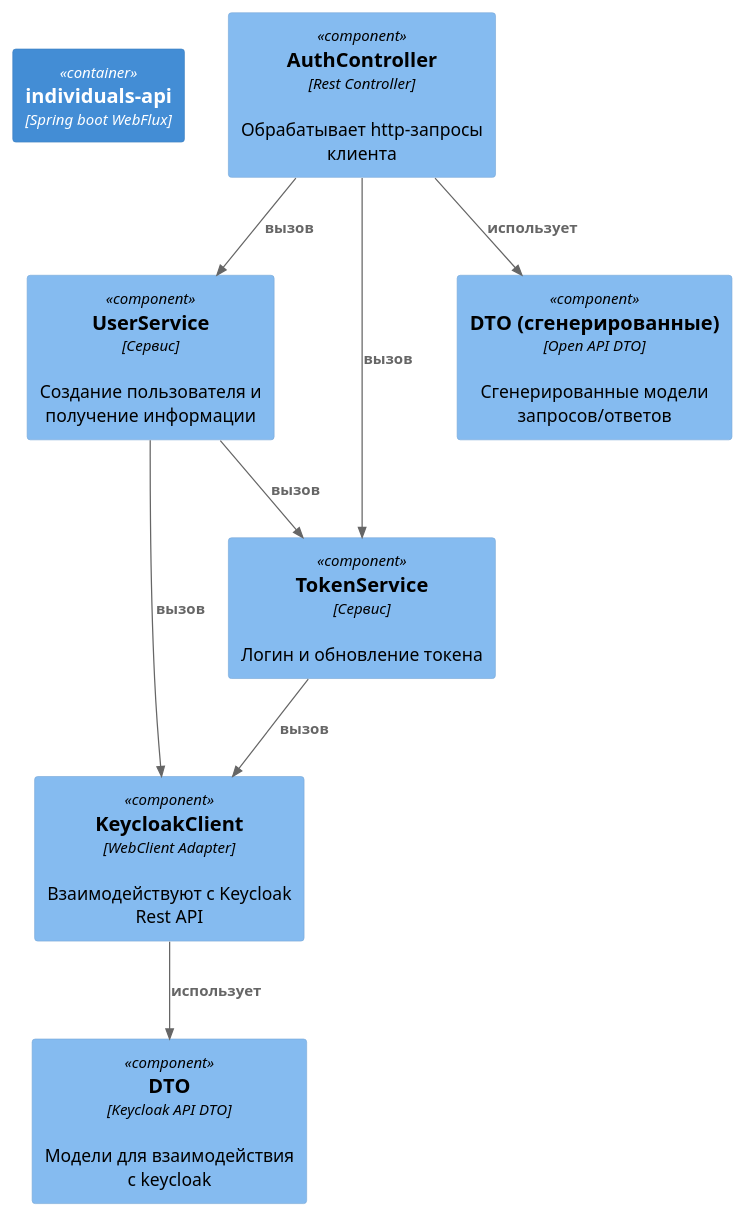
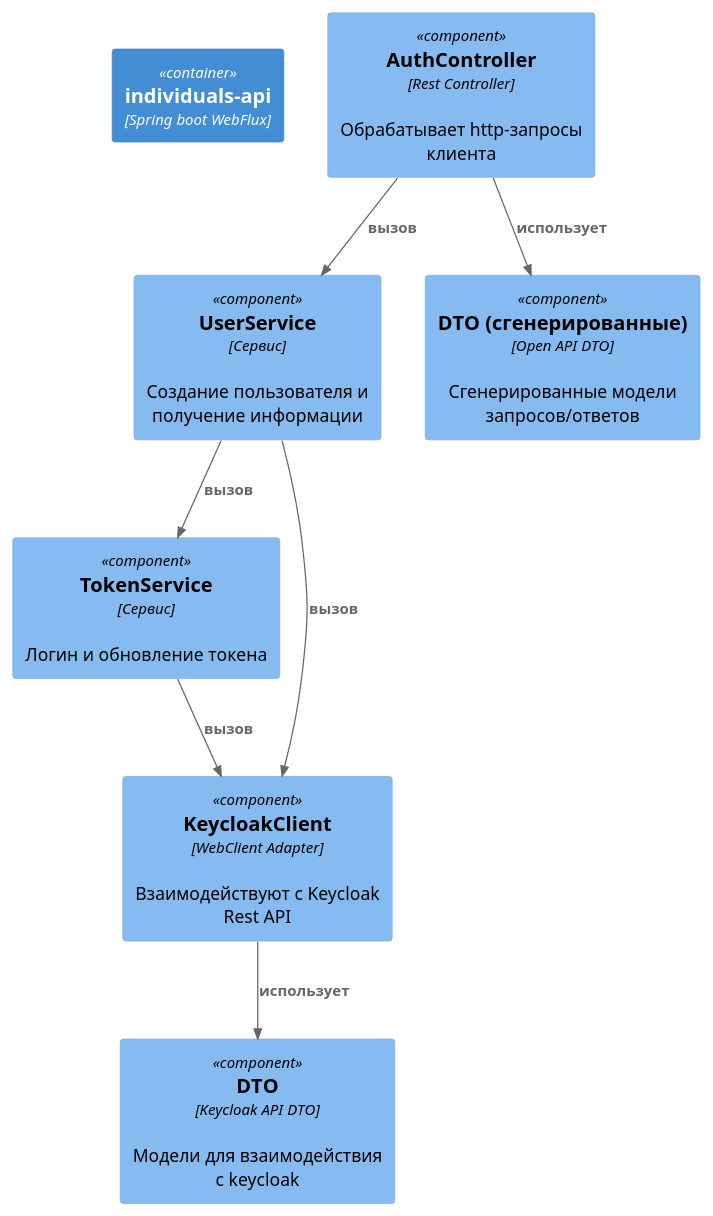
One commit to diamam90/payment-system changed the diagram in individuals-api/docs/individuals-api-component.puml. Above: the diagram before and after it, drawn with PlantUML. The commit also changed 14 other files, not shown here.

```diff
--- a/individuals-api/docs/individuals-api-component.puml
+++ b/individuals-api/docs/individuals-api-component.puml
@@ -1,21 +1,20 @@
 @startuml
 !includeurl https://raw.githubusercontent.com/plantuml-stdlib/C4-PlantUML/master/C4_Component.puml
 
 Container(indApi,"individuals-api","Spring boot WebFlux")
 
 Component(authController, "AuthController", "Rest Controller", "Обрабатывает http-запросы клиента")
 Component(userService,"UserService","Сервис","Создание пользователя и получение информации")
 Component(tokenService,"TokenService","Сервис","Логин и обновление токена")
 Component(keycloak,"KeycloakClient", "WebClient Adapter","Взаимодействуют с Keycloak Rest API")
 Component(dto, "DTO (сгенерированные)", "Open API DTO", "Сгенерированные модели запросов/ответов")
 Component(keycloakDto, "DTO", "Keycloak API DTO", "Модели для взаимодействия с keycloak")
 
 Rel(authController, userService, "вызов")
-Rel(authController, tokenService,"вызов")
 Rel(userService, tokenService, "вызов")
+Rel(userService, keycloak, "вызов")
 Rel(tokenService,keycloak, "вызов")
-Rel(userService, keycloak, "вызов")
 Rel(authController, dto, "использует")
 Rel(keycloak, keycloakDto,"использует")
 
 @enduml
```
